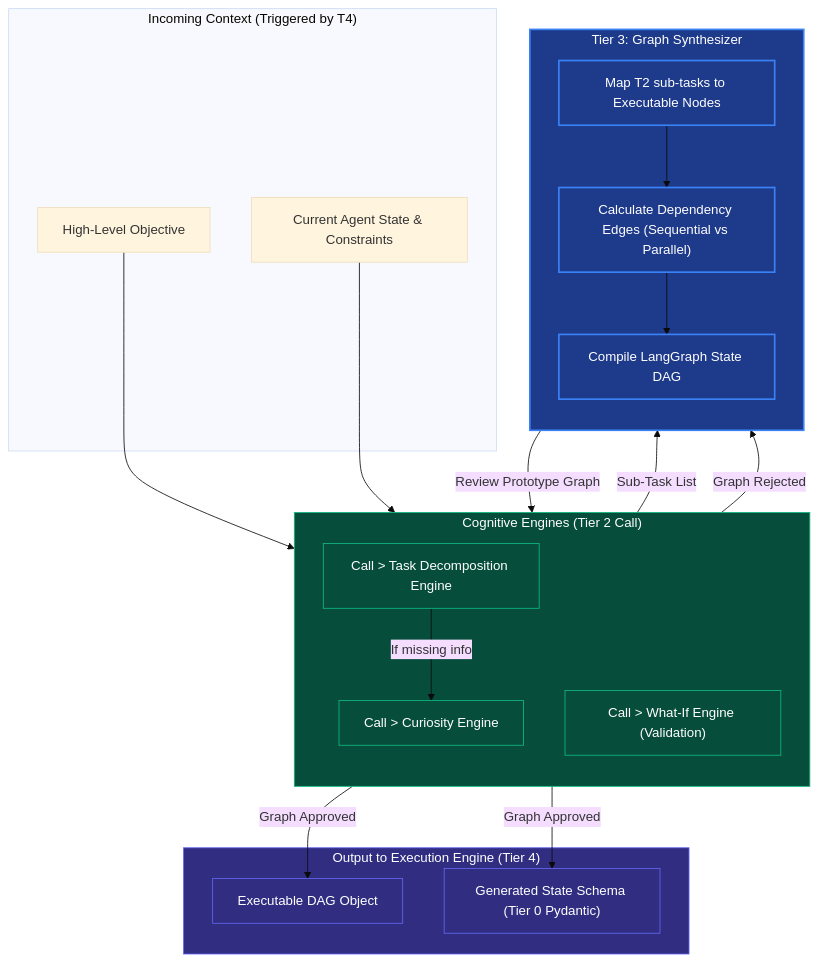
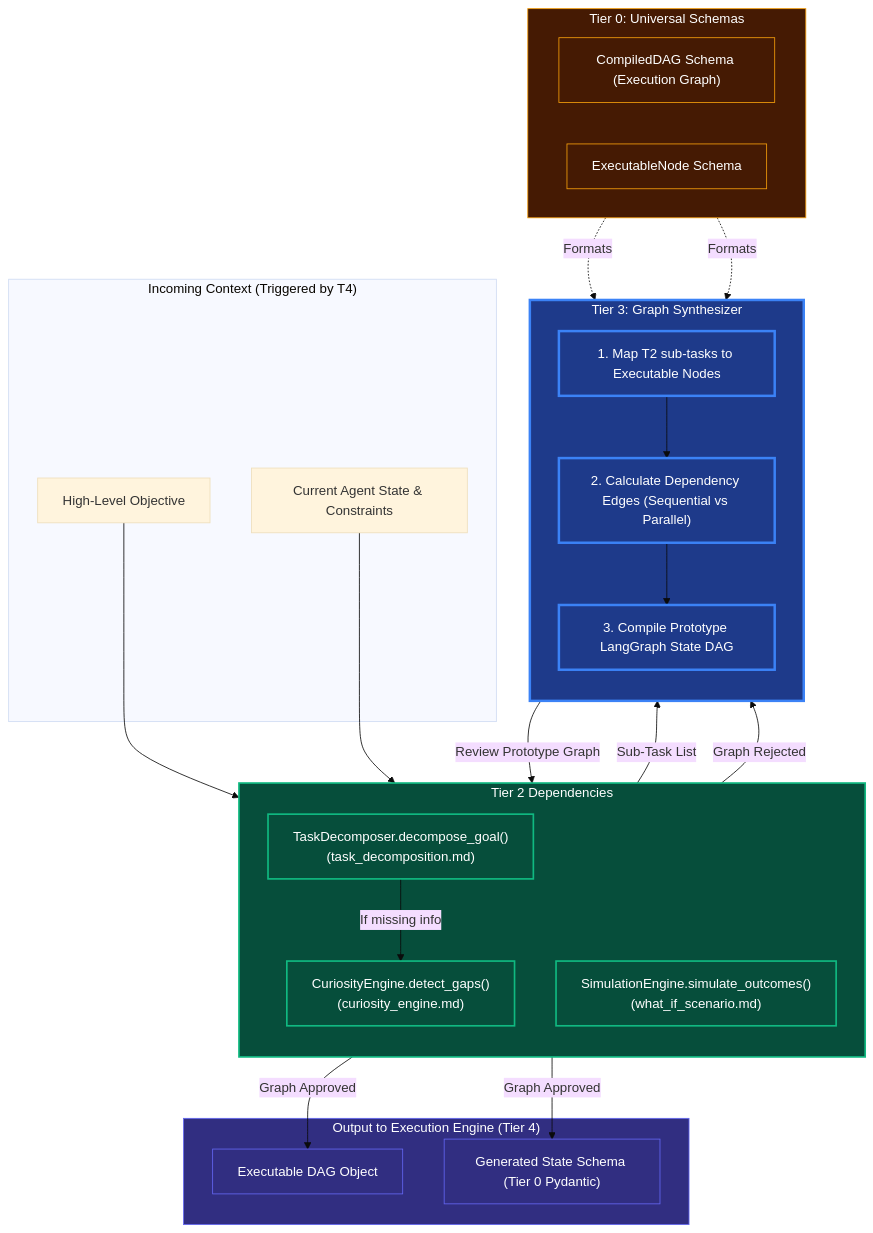
Before and after one commit to azzindani/Kea: the diagram in redesign/tier_3/graph_synthesizer.md, drawn with Mermaid (base theme). The commit also changed 22 other files, not shown here.

Commit message:
feat: Define the conceptual architecture and components for Kea's multi-tiered redesign across tiers 0-6.

````diff
--- a/redesign/tier_3/graph_synthesizer.md
+++ b/redesign/tier_3/graph_synthesizer.md
@@ -10,55 +10,67 @@
 ```mermaid
 ---
 config:
   layout: dagre
 ---
 flowchart TB
+    %% DOWNSTREAM TIER 0 IMPORTS (SCHEMAS)
+    subgraph sTier0["Tier 0: Universal Schemas"]
+        direction LR
+        nSchemaDAG["CompiledDAG Schema (Execution Graph)"]
+        nSchemaNode["ExecutableNode Schema"]
+    end
+
     %% Inputs from T4
     subgraph sInput["Incoming Context (Triggered by T4)"]
         nGoal["High-Level Objective"]
         nState["Current Agent State & Constraints"]
     end
 
-    %% Abstraction: Calling T2 Engines
-    subgraph sT2["Cognitive Engines (Tier 2 Call)"]
+    %% DOWNSTREAM TIER 2 IMPORTS (COGNITIVE ENGINES)
+    subgraph sT2["Tier 2 Dependencies"]
         direction TB
-        nT2Decomp["Call > Task Decomposition Engine"]
-        nT2Curiosity["Call > Curiosity Engine"]
-        nT2WhatIf["Call > What-If Engine (Validation)"]
+        nT2Decomp["TaskDecomposer.decompose_goal()<br>(task_decomposition.md)"]
+        nT2Curiosity["CuriosityEngine.detect_gaps()<br>(curiosity_engine.md)"]
+        nT2WhatIf["SimulationEngine.simulate_outcomes()<br>(what_if_scenario.md)"]
     end
 
     %% T3 Engine: Graph Assembly
     subgraph sT3["Tier 3: Graph Synthesizer"]
         direction TB
         
-        nMapNodes["Map T2 sub-tasks to Executable Nodes"]
-        nRouteDeps["Calculate Dependency Edges (Sequential vs Parallel)"]
-        nCompile["Compile LangGraph State DAG"]
+        nMapNodes["1. Map T2 sub-tasks to Executable Nodes"]
+        nRouteDeps["2. Calculate Dependency Edges (Sequential vs Parallel)"]
+        nCompile["3. Compile Prototype LangGraph State DAG"]
         
         nMapNodes --> nRouteDeps --> nCompile
     end
 
     %% Outputs to T4
     subgraph sOutput["Output to Execution Engine (Tier 4)"]
         nExecDAG["Executable DAG Object"]
         nStateSchema["Generated State Schema (Tier 0 Pydantic)"]
     end
 
     %% Routing Flow
     nGoal & nState --> nT2Decomp
     nT2Decomp -- "If missing info" --> nT2Curiosity
     nT2Decomp -- "Sub-Task List" --> nMapNodes
     
     nCompile -- "Review Prototype Graph" --> nT2WhatIf
     nT2WhatIf -- "Graph Approved" --> nExecDAG & nStateSchema
     nT2WhatIf -- "Graph Rejected" --> nRouteDeps
+    
+    nSchemaNode -.->|Formats| nMapNodes
+    nSchemaDAG -.->|Formats| nCompile
 
     %% Styling
-    classDef t2 fill:#064E3B,stroke:#10B981,stroke-width:1px,color:#fff
-    classDef t3 fill:#1E3A8A,stroke:#3B82F6,stroke-width:2px,color:#fff
+    classDef t0 fill:#451A03,stroke:#F59E0B,stroke-width:1px,color:#fff
+    classDef t2 fill:#064E3B,stroke:#10B981,stroke-width:2px,color:#fff
+    classDef t3 fill:#1E3A8A,stroke:#3B82F6,stroke-width:3px,color:#fff
     classDef t4 fill:#312E81,stroke:#6366F1,stroke-width:1px,color:#fff
     
+    class sTier0,nSchemaDAG,nSchemaNode t0
     class sT2,nT2Decomp,nT2Curiosity,nT2WhatIf t2
     class sT3,nMapNodes,nRouteDeps,nCompile t3
     class sOutput,nExecDAG,nStateSchema t4
 ```
````
